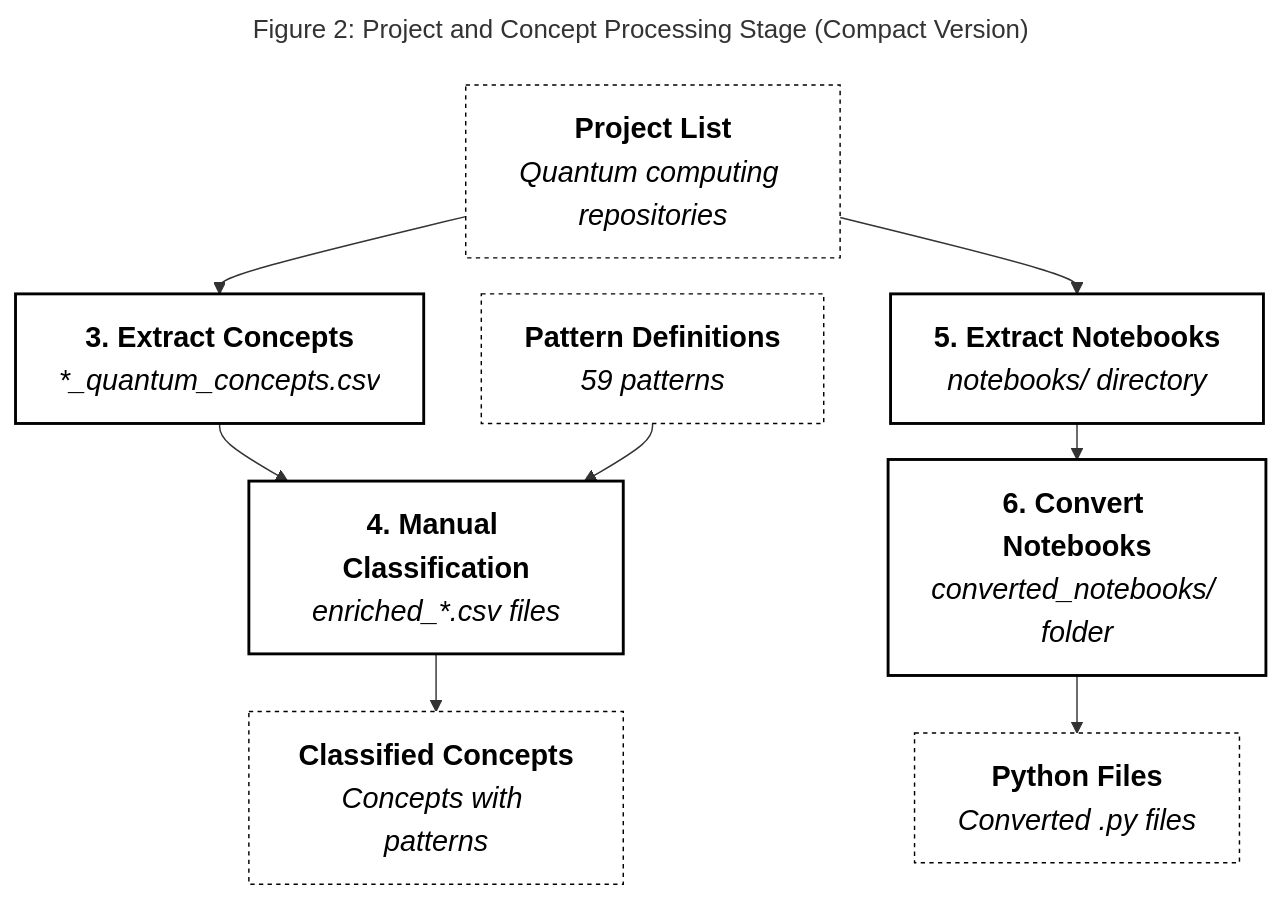
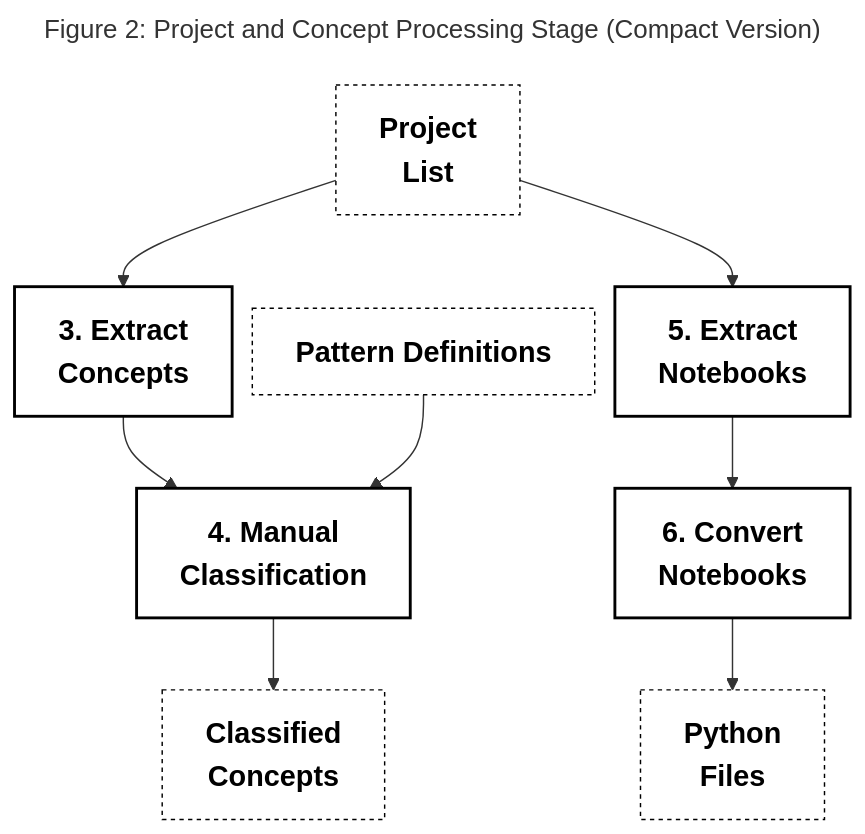
Before and after one commit to ramalhoneilson/qpa: the diagram in docs/diagram2.mermaid, drawn with Mermaid. The commit also changed 1 other file, not shown here.

Commit message:
Adjust diagrams

```diff
--- a/docs/diagram2.mermaid
+++ b/docs/diagram2.mermaid
@@ -1,40 +1,34 @@
 ---
 title: 'Figure 2: Project and Concept Processing Stage (Compact Version)'
 ---
-%%{init: {'flowchart': {'nodeSpacing': 40, 'rankSpacing': 25}}}%%
+%%{init: {'flowchart': {'nodeSpacing': 14, 'rankSpacing': 0}}}%%
 
 graph TD
 %% Input Data Artifacts from Previous Stage
-    B1[<strong>Project List</strong><br/><i>Quantum computing repositories</i>]
-    A1[<strong>Pattern Definitions</strong><br/><i>59 patterns</i>]
+    B1[<strong>Project<br/>List</strong>]
+    A1[<strong>Pattern Definitions</strong><br/>]
 
 %% Processing Steps
-    C[<strong>3. Extract Concepts</strong><br/><i>*_quantum_concepts.csv</i>]
-    D[<strong>4. Manual Classification</strong><br/><i>enriched_*.csv files</i>]
-    E[<strong>5. Extract Notebooks</strong><br/><i>notebooks/ directory</i>]
-    F[<strong>6. Convert Notebooks</strong><br/><i>converted_notebooks/ folder</i>]
+    C[<strong>3. Extract <br/>Concepts</strong><br/>]
+    D[<strong>4. Manual <br/>Classification</strong><br/>]
+    E[<strong>5. Extract <br/>Notebooks</strong><br/>]
+    F[<strong>6. Convert <br/>Notebooks</strong><br/>]
 
 
 %% Intermediate & Final Data Artifacts of this stage
-    D1[<strong>Python Files</strong><br/><i>Converted .py files</i>]
-    F1[<strong>Classified Concepts</strong><br/><i>Concepts with patterns</i>]
+    D1[<strong>Python <br/>Files</strong><br/>]
+    F1[<strong>Classified <br/>Concepts</strong><br/>]
 
-%% --- CORRECTED CONNECTIONS ---
-%% Concept Processing Workflow
+%% Connections
     B1 --> C --> D
-    A1 --> D
-    D --> F1
-
-%% Notebook Processing Workflow
-    B1 --> E --> F
-    F --> D1
-%% --------------------------
+    A1 --> D --> F1
+    B1 --> E --> F --> D1
 
 
-%% Styling with larger fonts
+
     classDef process fill:white,color:black,stroke:black,stroke-width:2px,font-size:20px
     classDef data fill:white,color:black,stroke:black,stroke-width:1px,stroke-dasharray: 3 3,font-size:20px
 
 %% Apply styles
     class B1,A1,D1,F1 data
     class C,D,E,F process
```
